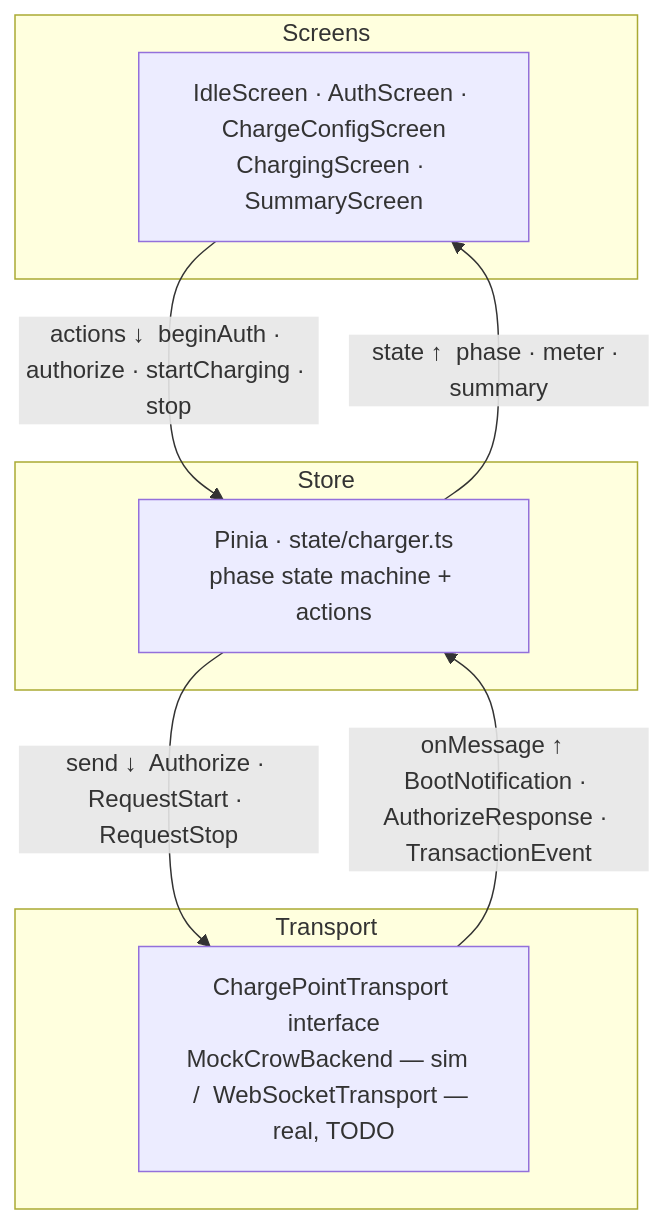
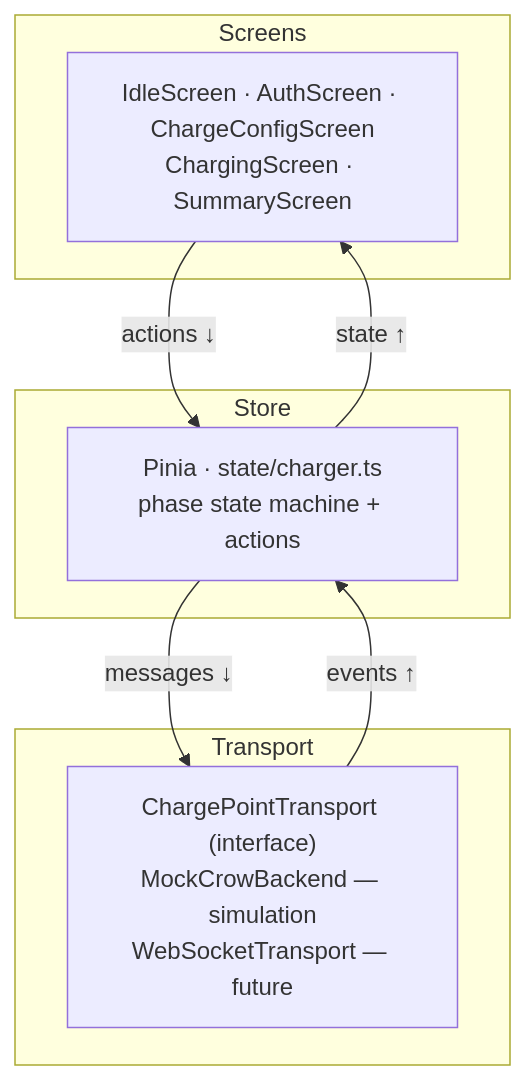
Before and after one commit to FlorianBohrer/charger-interface-demo: the first of 3 diagrams in README.md, drawn with Mermaid. The commit also changed other lines of this file, not shown here.

````diff
--- a/README.md
+++ b/README.md
@@ -31,17 +71,16 @@
 ```mermaid
 flowchart TB
     subgraph Screens
         S["IdleScreen · AuthScreen · ChargeConfigScreen<br/>ChargingScreen · SummaryScreen"]
     end
     subgraph Store
         P["Pinia · state/charger.ts<br/>phase state machine + actions"]
     end
     subgraph Transport
-        T["ChargePointTransport interface<br/>MockCrowBackend — sim  /  WebSocketTransport — real, TODO"]
+        T["ChargePointTransport (interface)<br/>MockCrowBackend — simulation<br/>WebSocketTransport — future"]
     end
-
-    S -->|"actions ↓  beginAuth · authorize · startCharging · stop"| P
-    P -->|"state ↑  phase · meter · summary"| S
-    P -->|"send ↓  Authorize · RequestStart · RequestStop"| T
-    T -->|"onMessage ↑  BootNotification · AuthorizeResponse · TransactionEvent"| P
+    S -->|"actions ↓"| P
+    P -->|"state ↑"| S
+    P -->|"messages ↓"| T
+    T -->|"events ↑"| P
 ```
````
